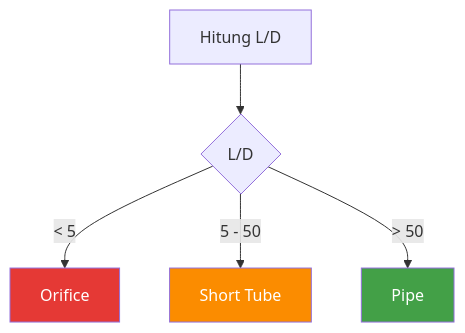
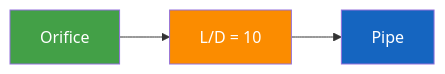
One commit to slametsampon/kawruhnology changed diagram 36 of 49 in content/blog/general/laju-alir-fluida.mdx. Above: the diagram before and after it, drawn with Mermaid. The commit also changed other lines of this file and 1 other file, not shown here.

````diff
--- a/content/blog/general/laju-alir-fluida.mdx
+++ b/content/blog/general/laju-alir-fluida.mdx
@@ -4226,17 +4221,13 @@
 ```mermaid
-flowchart TD
+flowchart LR
 
-A["Hitung L/D"]
+A["Orifice"]
 
-A --> B{"L/D"}
+--> B["L/D = 10"]
 
-B -->|" < 5 "| C["Orifice"]
+--> C["Pipe"]
 
-B -->|" 5 - 50 "| D["Short Tube"]
-
-B -->|" > 50 "| E["Pipe"]
-
-style C fill:#E53935,color:#fff
-style D fill:#FB8C00,color:#fff
-style E fill:#43A047,color:#fff
+style A fill:#43A047,color:#fff
+style B fill:#FB8C00,color:#fff
+style C fill:#1565C0,color:#fff
 ```
````
